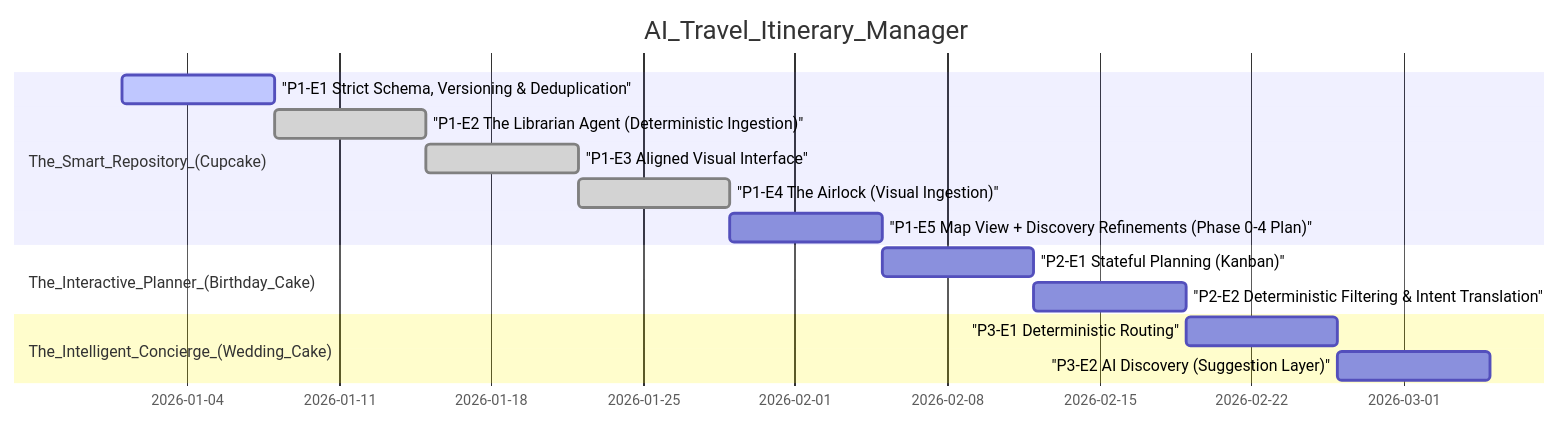
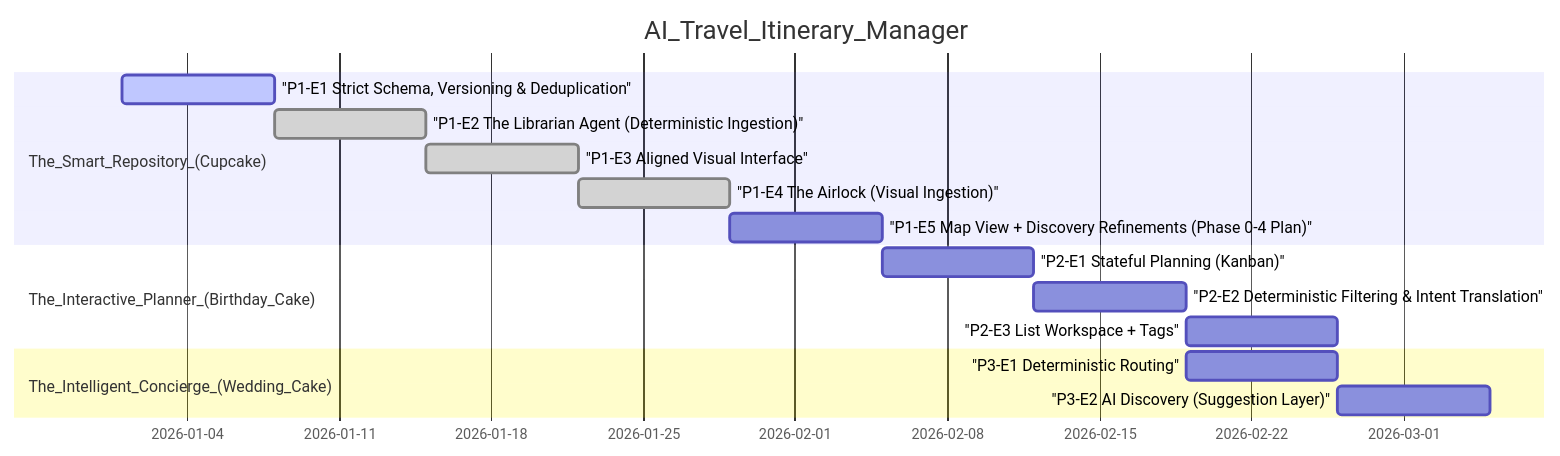
Before and after one commit to walshkang/acerca-trip-planner: the diagram in CONTEXT.md, drawn with Mermaid. The commit also changed other lines of this file and 1 other file, not shown here.

Commit message:
chore: add list workspace tags to roadmap

````diff
--- a/CONTEXT.md
+++ b/CONTEXT.md
@@ -15,17 +16,18 @@
 ```mermaid
 gantt
   dateFormat YYYY-MM-DD
   title AI_Travel_Itinerary_Manager
   section The_Smart_Repository_(Cupcake)
   "P1-E1 Strict Schema, Versioning & Deduplication" :active, p1e1, 2026-01-01, 7d
   "P1-E2 The Librarian Agent (Deterministic Ingestion)" :done, p1e2, after p1e1, 7d
   "P1-E3 Aligned Visual Interface" :done, p1e3, after p1e2, 7d
   "P1-E4 The Airlock (Visual Ingestion)" :done, p1e4, after p1e3, 7d
   "P1-E5 Map View + Discovery Refinements (Phase 0-4 Plan)" :p1e5, after p1e4, 7d
   section The_Interactive_Planner_(Birthday_Cake)
   "P2-E1 Stateful Planning (Kanban)" :p2e1, after p1e5, 7d
   "P2-E2 Deterministic Filtering & Intent Translation" :p2e2, after p2e1, 7d
+  "P2-E3 List Workspace + Tags" :p2e3, after p2e2, 7d
   section The_Intelligent_Concierge_(Wedding_Cake)
   "P3-E1 Deterministic Routing" :p3e1, after p2e2, 7d
   "P3-E2 AI Discovery (Suggestion Layer)" :p3e2, after p3e1, 7d
 ```
````
